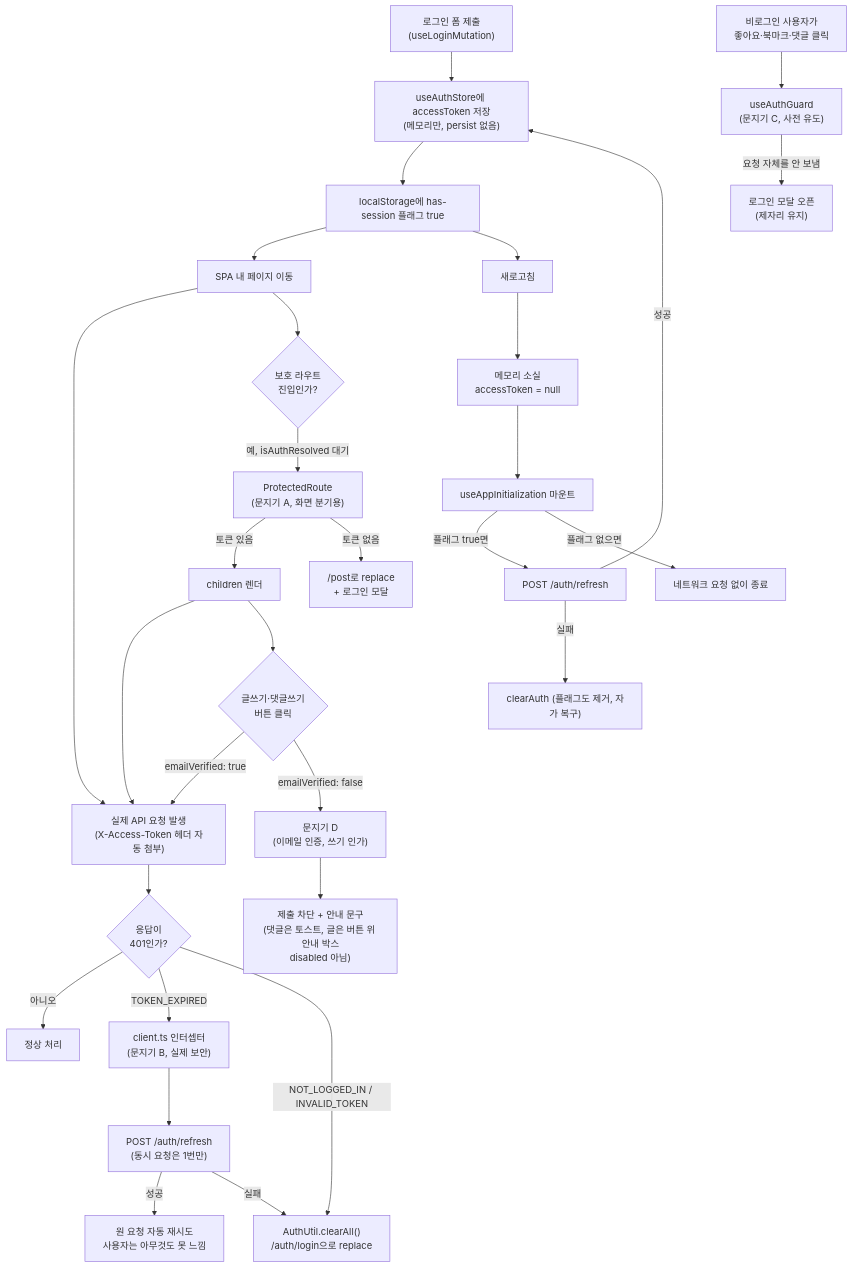
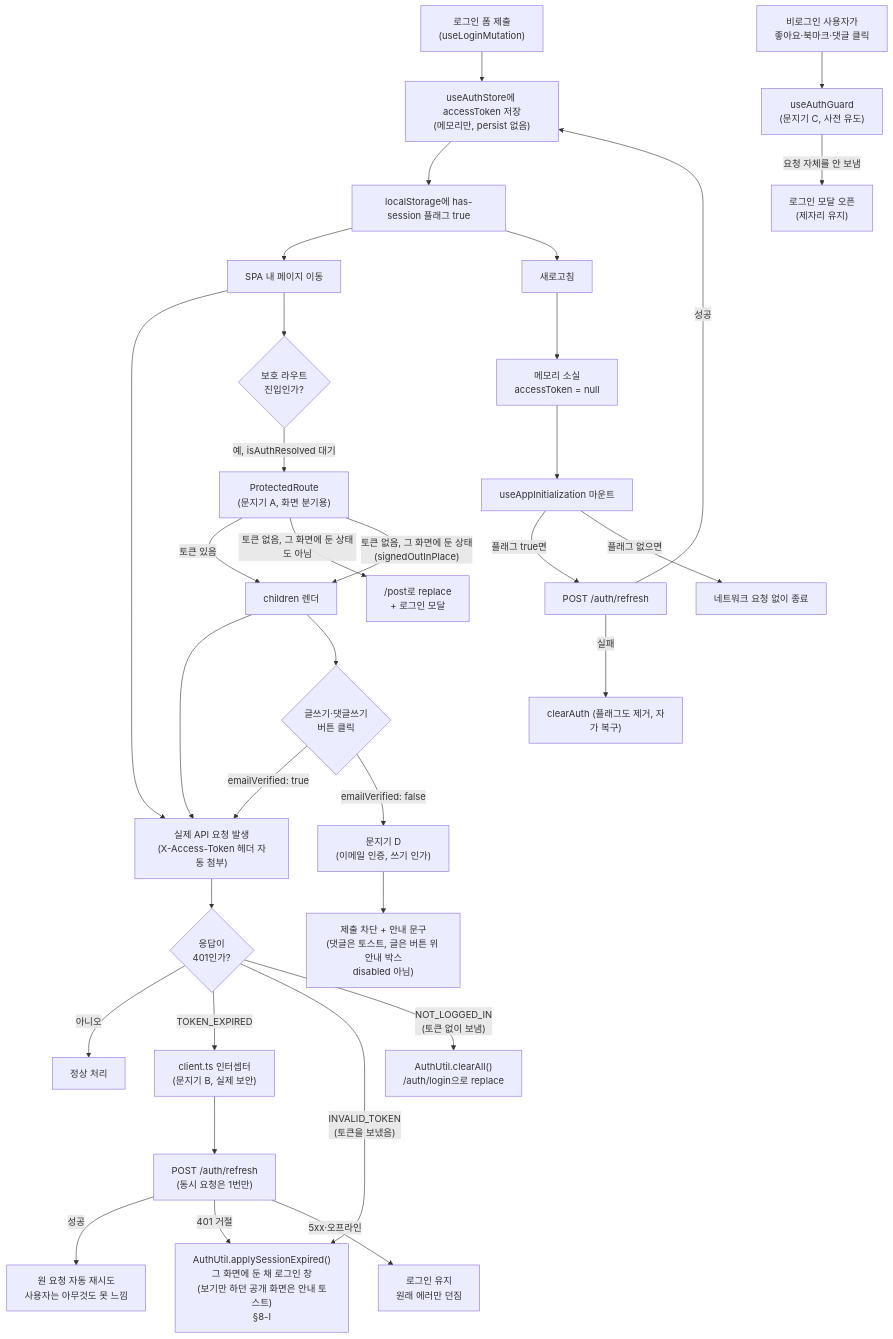
One commit to BAECHAN/link-sphere_FE_NEW changed the first of 7 diagrams in docs/AUTH.md. Above: the diagram before and after it, drawn with Mermaid. The commit also changed other lines of this file and 56 other files, not shown here.

First line of the commit message:
feat(auth): 로그인이 풀려도 쓰던 화면에 두고 그 자리에서 다시 로그인 (#450)

````diff
--- a/docs/AUTH.md
+++ b/docs/AUTH.md
@@ -21,38 +21,41 @@
 ```mermaid
 flowchart TD
     Login["로그인 폼 제출<br/>(useLoginMutation)"] --> Store["useAuthStore에 accessToken 저장<br/>(메모리만, persist 없음)"]
     Store --> Flag["localStorage에 has-session 플래그 true"]
 
     Flag --> Nav["SPA 내 페이지 이동"]
     Nav --> API1["실제 API 요청 발생<br/>(X-Access-Token 헤더 자동 첨부)"]
 
     Flag --> Reload["새로고침"]
     Reload --> MemGone["메모리 소실<br/>accessToken = null"]
     MemGone --> Init["useAppInitialization 마운트"]
     Init -->|"플래그 true면"| Refresh1["POST /auth/refresh"]
     Init -->|"플래그 없으면"| Skip["네트워크 요청 없이 종료"]
     Refresh1 -->|성공| Store
     Refresh1 -->|실패| ClearA["clearAuth (플래그도 제거, 자가 복구)"]
 
     Nav --> Protected{"보호 라우트<br/>진입인가?"}
     Protected -->|예, isAuthResolved 대기| Gate["ProtectedRoute<br/>(문지기 A, 화면 분기용)"]
     Gate -->|"토큰 있음"| Children["children 렌더"]
-    Gate -->|"토큰 없음"| RedirectFeed["/post로 replace<br/>+ 로그인 모달"]
+    Gate -->|"토큰 없음, 그 화면에 둔 상태도 아님"| RedirectFeed["/post로 replace<br/>+ 로그인 모달"]
+    Gate -->|"토큰 없음, 그 화면에 둔 상태<br/>(signedOutInPlace)"| Children
 
     Children --> API1
     API1 --> Check401{"응답이<br/>401인가?"}
     Check401 -->|"아니오"| Done["정상 처리"]
     Check401 -->|"TOKEN_EXPIRED"| Interceptor["client.ts 인터셉터<br/>(문지기 B, 실제 보안)"]
     Interceptor --> Refresh2["POST /auth/refresh<br/>(동시 요청은 1번만)"]
     Refresh2 -->|성공| Retry["원 요청 자동 재시도<br/>사용자는 아무것도 못 느낌"]
-    Refresh2 -->|실패| ClearB["AuthUtil.clearAll()<br/>/auth/login으로 replace"]
-    Check401 -->|"NOT_LOGGED_IN / INVALID_TOKEN"| ClearB
+    Refresh2 -->|"401 거절"| InPlace["AuthUtil.applySessionExpired()<br/>그 화면에 둔 채 로그인 창<br/>(보기만 하던 공개 화면은 안내 토스트)<br/>§8-I"]
+    Refresh2 -->|"5xx·오프라인"| KeepLogin["로그인 유지<br/>원래 에러만 던짐"]
+    Check401 -->|"INVALID_TOKEN<br/>(토큰을 보냈음)"| InPlace
+    Check401 -->|"NOT_LOGGED_IN<br/>(토큰 없이 보냄)"| ClearB["AuthUtil.clearAll()<br/>/auth/login으로 replace"]
 
     Anon["비로그인 사용자가<br/>좋아요·북마크·댓글 클릭"] --> GuardC["useAuthGuard<br/>(문지기 C, 사전 유도)"]
     GuardC -->|"요청 자체를 안 보냄"| Modal["로그인 모달 오픈<br/>(제자리 유지)"]
 
     Children --> WriteClick{"글쓰기·댓글쓰기<br/>버튼 클릭"}
     WriteClick -->|"emailVerified: true"| API1
     WriteClick -->|"emailVerified: false"| GateD["문지기 D<br/>(이메일 인증, 쓰기 인가)"]
     GateD --> BlockWrite["제출 차단 + 안내 문구<br/>(댓글은 토스트, 글은 버튼 위 안내 박스<br/>disabled 아님)"]
 ```
````
